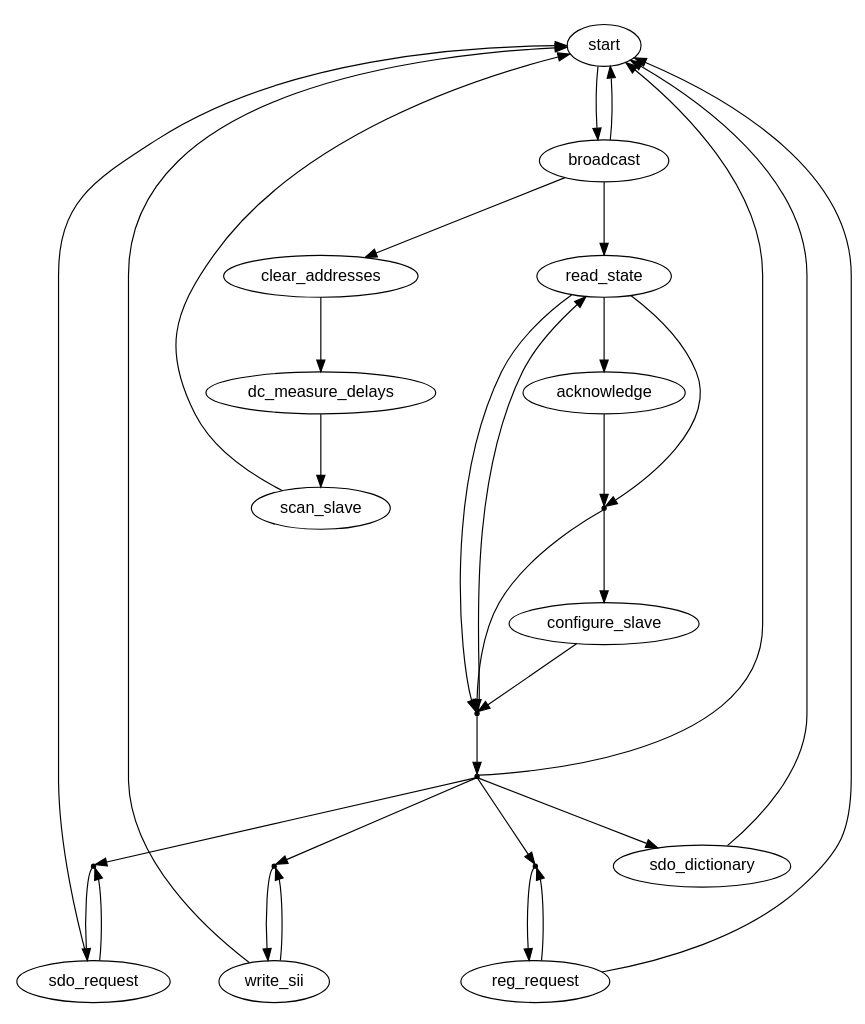
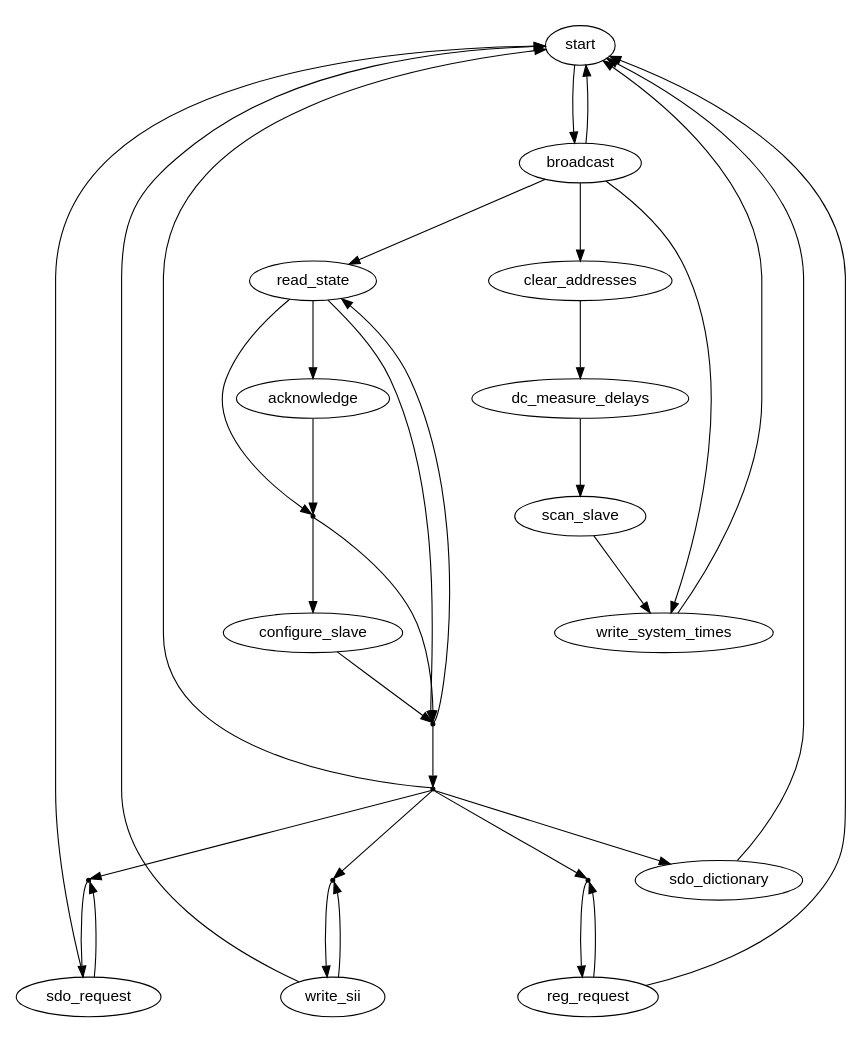
One commit to ribalda/ethercat changed the diagram in documentation/graphs/fsm_master.dot. Above: the diagram before and after it, drawn with Graphviz. The commit also changed 1 other file, not shown here.

```diff
--- a/documentation/graphs/fsm_master.dot
+++ b/documentation/graphs/fsm_master.dot
@@ -1,64 +1,67 @@
 
 /* $Id$ */
 
 digraph master {
     size="7,9"
     center=1
     ratio=fill
     node [fontname="Helvetica"]
 
     start -> broadcast [weight=10]
 
     broadcast -> start
     broadcast -> clear_addresses
-    broadcast -> read_state [weight=10]
+    broadcast -> read_state
+    broadcast -> write_system_times
 
     action_process_sii [shape=point,label=""]
     action_process_sii -> write_sii
 
     action_process_sdo [shape=point,label=""]
     action_process_sdo -> sdo_request
 
     action_process_register [shape=point,label=""]
     action_process_register -> reg_request
 
     action_idle [shape=point,label=""]
     action_idle -> action_process_sdo
     action_idle -> sdo_dictionary
     action_idle -> action_process_sii
     action_idle -> action_process_register
     action_idle -> start
 
     action_next_slave_state [shape=point,label=""]
     action_next_slave_state -> read_state
     action_next_slave_state -> action_idle [weight=10]
     
     action_configure [shape=point,label=""]
     action_configure -> configure_slave [weight=10]
     action_configure -> action_next_slave_state
 
     read_state -> acknowledge [weight=10]
     read_state -> action_configure
     read_state -> action_next_slave_state
 
     acknowledge -> action_configure [weight=10]
 
     clear_addresses -> dc_measure_delays [weight=10]
 
     dc_measure_delays -> scan_slave [weight=10]
 
-    scan_slave -> start
+    scan_slave -> write_system_times
+
+    write_system_times -> start
 
     configure_slave -> action_next_slave_state
 
     write_sii -> action_process_sii
     write_sii -> start
 
     sdo_dictionary -> start
 
     sdo_request -> action_process_sdo
     sdo_request -> start
 
     reg_request -> action_process_register
     reg_request -> start
 }
```
